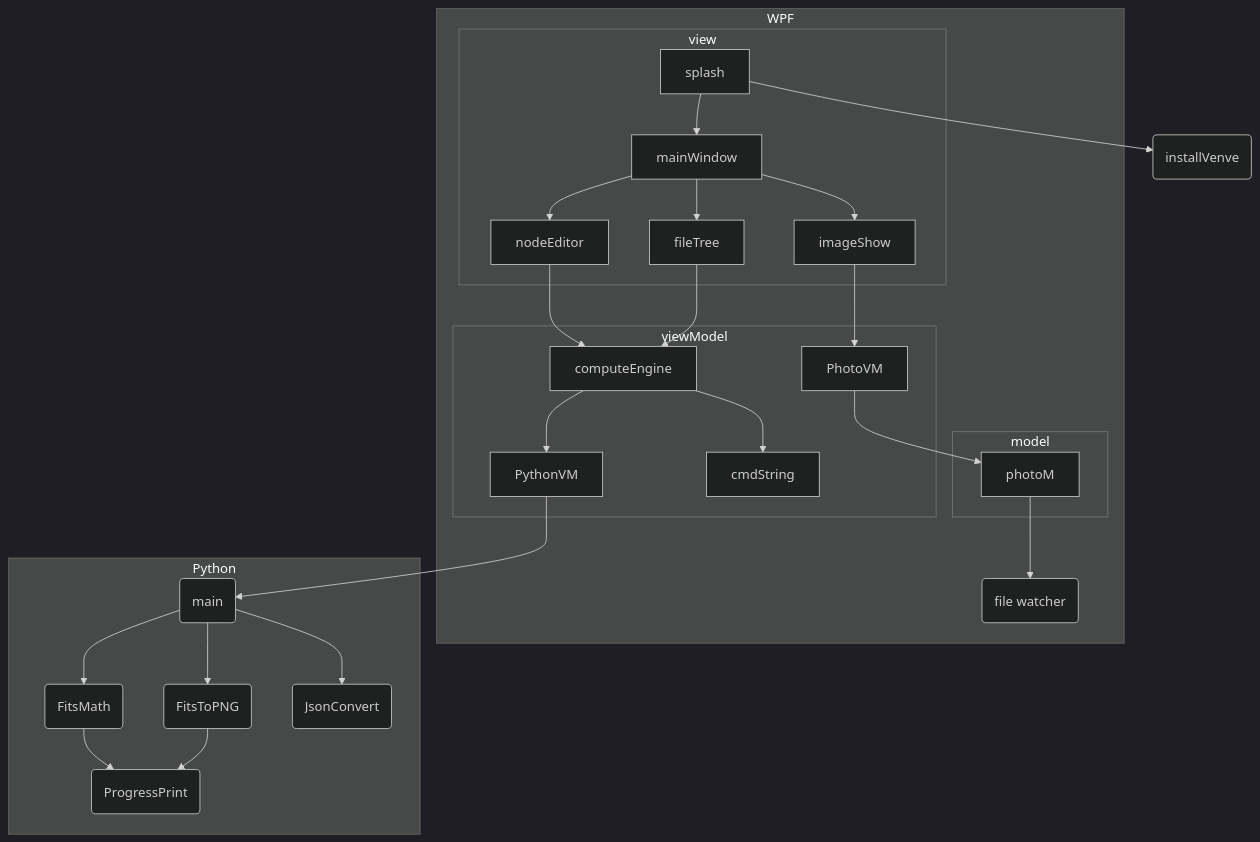
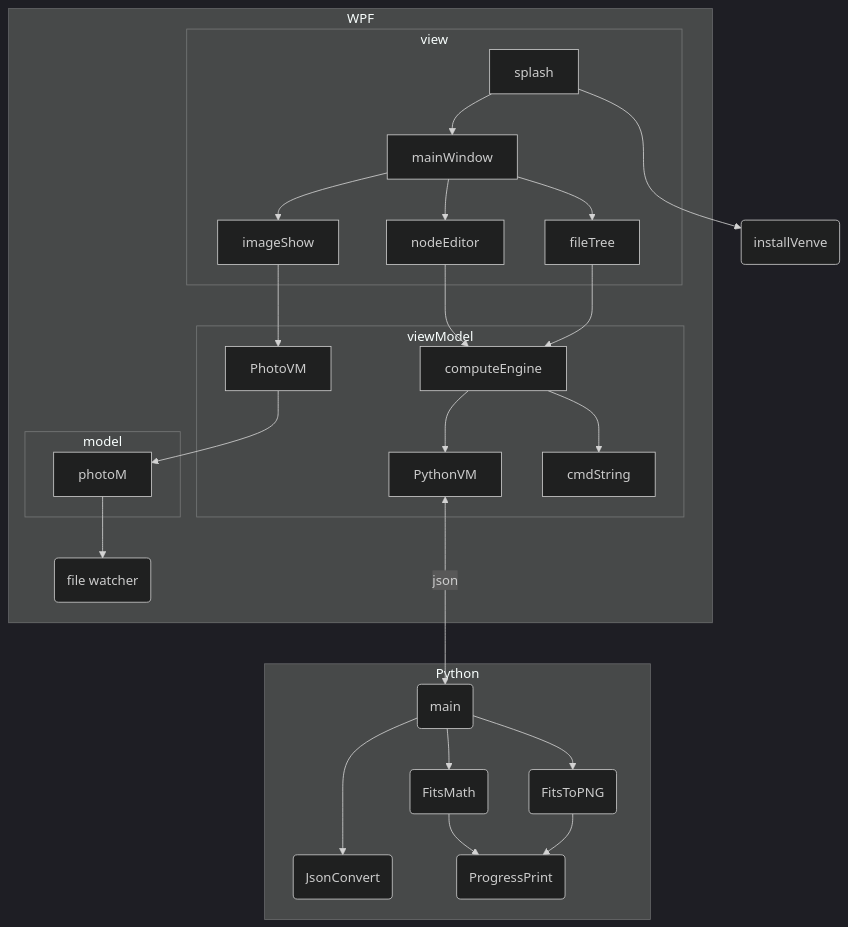
Before and after one commit to AstroPhotometry/AstroPhotometry: the second of 2 diagrams in readme.md, drawn with Mermaid (dark theme).

Commit message:
json comment

````diff
--- a/readme.md
+++ b/readme.md
@@ -49,44 +49,44 @@
 ```mermaid
 graph TD
     subgraph WPF
         subgraph viewModel
             PythonVM
             cmdString
             computeEngine --> cmdString
             computeEngine --> PythonVM
             PhotoVM
         end
         PhotoVM --> photoM
         subgraph model
             photoM
         end
         subgraph view
             fileTree
             imageShow
             mainWindow --> imageShow
             mainWindow --> fileTree
             mainWindow --> nodeEditor
             nodeEditor
             splash --> mainWindow
         end
     nodeEditor --> computeEngine
     fileTree --> computeEngine
     imageShow--> PhotoVM
     photoM --> Filewatcher(file watcher)
     end
-    PythonVM --> main
+    PythonVM <---> |json| main
     installVenve(installVenve)
-    splash --> installVenve
+    splash ---> installVenve
 
     subgraph Python[Python]
         main(main) -->FitsMath
         main(main) -->FitsToPNG
-        main(main) -->JsonConvert
+        main(main) --->JsonConvert
         FitsMath(FitsMath)
         FitsToPNG(FitsToPNG)
         JsonConvert(JsonConvert)
         ProgressPrint(ProgressPrint)
         FitsMath --> ProgressPrint
         FitsToPNG --> ProgressPrint
     end
 ```
````
